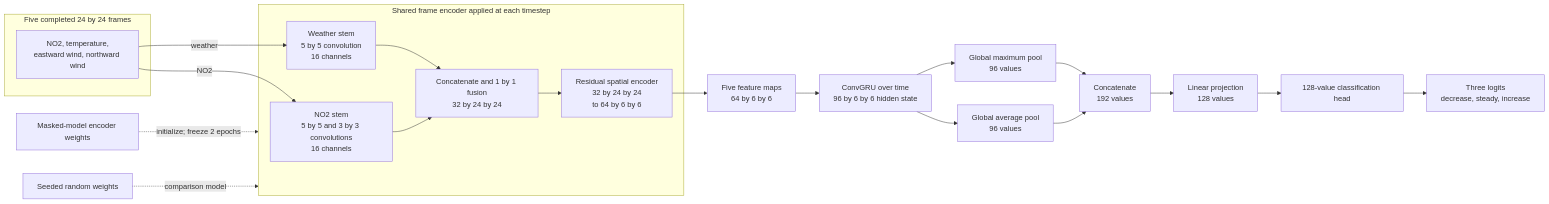
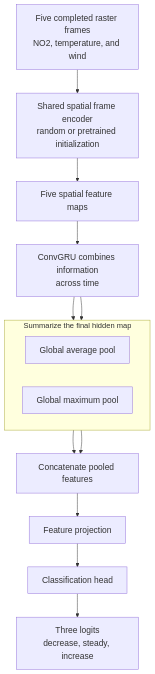
One commit to pranav-walimbe/no2-modeling changed the diagram in docs/delta-modeling/modeling.md. Above: the diagram before and after it, drawn with Mermaid. The commit also changed 2 other files, not shown here.

Commit message:
Simplify model results and diagrams

````diff
--- a/docs/delta-modeling/modeling.md
+++ b/docs/delta-modeling/modeling.md
@@ -74,31 +74,24 @@
 ```mermaid
-flowchart LR
-    subgraph Sequence[Five completed 24 by 24 frames]
-        Frame[NO2, temperature,<br/>eastward wind, northward wind]
+flowchart TB
+    Frames[Five completed raster frames<br/>NO2, temperature, and wind]
+    Frames --> FrameEncoder[Shared spatial frame encoder<br/>random or pretrained initialization]
+    FrameEncoder --> Encoded[Five spatial feature maps]
+    Encoded --> GRU[ConvGRU combines information<br/>across time]
+
+    subgraph Pooling[Summarize the final hidden map]
+        direction LR
+        Average[Global average pool]
+        Maximum[Global maximum pool]
     end
 
-    subgraph Shared[Shared frame encoder applied at each timestep]
-        NO2Stem[NO2 stem<br/>5 by 5 and 3 by 3 convolutions<br/>16 channels]
-        WeatherStem[Weather stem<br/>5 by 5 convolution<br/>16 channels]
-        Join[Concatenate and 1 by 1 fusion<br/>32 by 24 by 24]
-        Spatial[Residual spatial encoder<br/>32 by 24 by 24<br/>to 64 by 6 by 6]
-        NO2Stem --> Join
-        WeatherStem --> Join
-        Join --> Spatial
-    end
-
-    Frame -->|NO2| NO2Stem
-    Frame -->|weather| WeatherStem
-    Spatial --> Encoded[Five feature maps<br/>64 by 6 by 6]
-    Encoded --> GRU[ConvGRU over time<br/>96 by 6 by 6 hidden state]
-    GRU --> Average[Global average pool<br/>96 values]
-    GRU --> Maximum[Global maximum pool<br/>96 values]
-    Average --> PoolJoin[Concatenate<br/>192 values]
+    GRU --> Average
+    GRU --> Maximum
+    Average --> PoolJoin[Concatenate pooled features]
     Maximum --> PoolJoin
-    PoolJoin --> Projection[Linear projection<br/>128 values]
-    Projection --> Head[128-value classification head]
+    PoolJoin --> Projection[Feature projection]
+    Projection --> Head[Classification head]
     Head --> Logits[Three logits<br/>decrease, steady, increase]
 
-    Pretrained[Masked-model encoder weights] -.->|initialize; freeze 2 epochs| Shared
-    Random[Seeded random weights] -.->|comparison model| Shared
+    classDef stage font-size:18px
+    class Frames,FrameEncoder,Encoded,GRU,Average,Maximum,PoolJoin,Projection,Head,Logits stage
 ```
````
